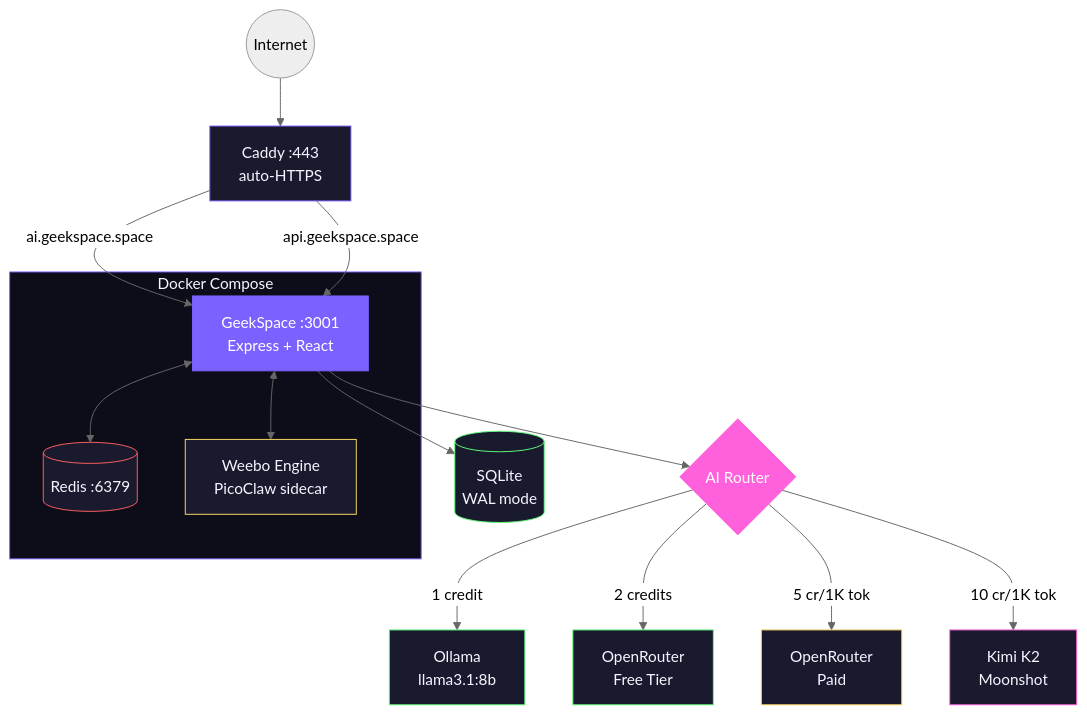
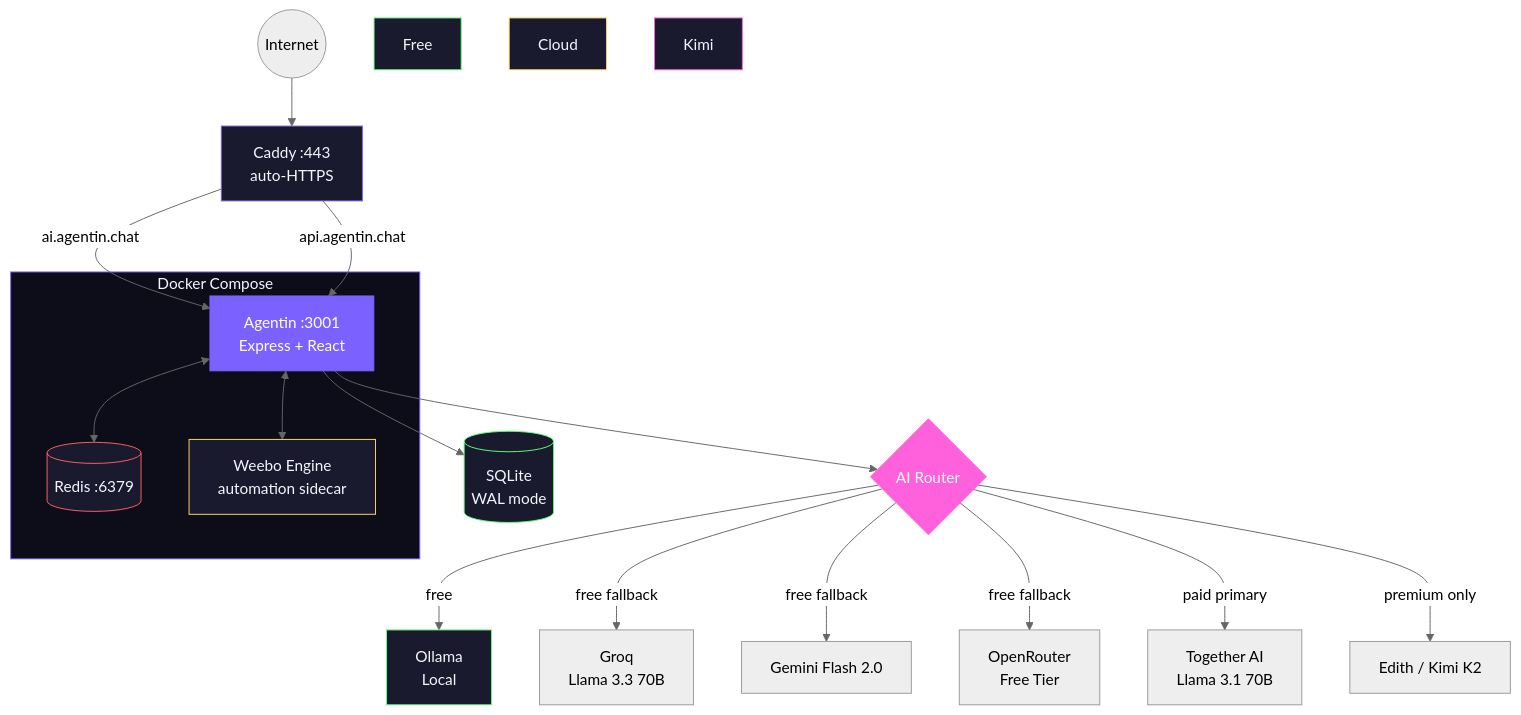
Before and after one commit to trendywink247-afk/GeekSpace2.0: the diagram in README.md, drawn with Mermaid (neutral theme). The commit also changed other lines of this file and 19 other files, not shown here.

````diff
--- a/README.md
+++ b/README.md
@@ -131,35 +131,37 @@
 ```mermaid
 graph TB
     Internet((Internet)) --> Caddy[Caddy :443<br/>auto-HTTPS]
 
-    Caddy -->|ai.geekspace.space| App
-    Caddy -->|api.geekspace.space| App
+    Caddy -->|ai.agentin.chat| App
+    Caddy -->|api.agentin.chat| App
 
     subgraph Docker["Docker Compose"]
-        App["GeekSpace :3001<br/>Express + React"]
+        App["Agentin :3001<br/>Express + React"]
         Redis[(Redis :6379)]
-        Pico["Weebo Engine<br/>PicoClaw sidecar"]
+        Pico["Weebo Engine<br/>automation sidecar"]
         App <--> Redis
         App <--> Pico
     end
 
     App --> SQLite[(SQLite<br/>WAL mode)]
     App --> Router{"AI Router"}
 
-    Router -->|"1 credit"| Ollama["Ollama<br/>llama3.1:8b"]
-    Router -->|"2 credits"| Free["OpenRouter<br/>Free Tier"]
-    Router -->|"5 cr/1K tok"| Cloud["OpenRouter<br/>Paid"]
-    Router -->|"10 cr/1K tok"| Kimi["Kimi K2<br/>Moonshot"]
+    Router -->|"free"| Ollama["Ollama<br/>Local"]
+    Router -->|"free fallback"| Groq["Groq<br/>Llama 3.3 70B"]
+    Router -->|"free fallback"| GemFree["Gemini Flash 2.0"]
+    Router -->|"free fallback"| ORFree["OpenRouter<br/>Free Tier"]
+    Router -->|"paid primary"| Together["Together AI<br/>Llama 3.1 70B"]
+    Router -->|"premium only"| Edith["Edith / Kimi K2"]
 
     style App fill:#7B61FF,stroke:#7B61FF,color:#fff
     style Router fill:#FF61DC,stroke:#FF61DC,color:#fff
     style Caddy fill:#1A1A2E,stroke:#7B61FF,color:#F4F6FF
     style Docker fill:#0D0D1A,stroke:#7B61FF,color:#F4F6FF
     style SQLite fill:#1A1A2E,stroke:#61FF7B,color:#F4F6FF
     style Redis fill:#1A1A2E,stroke:#FF6161,color:#F4F6FF
     style Pico fill:#1A1A2E,stroke:#FFD761,color:#F4F6FF
     style Ollama fill:#1A1A2E,stroke:#61FF7B,color:#F4F6FF
     style Free fill:#1A1A2E,stroke:#61FF7B,color:#F4F6FF
     style Cloud fill:#1A1A2E,stroke:#FFD761,color:#F4F6FF
     style Kimi fill:#1A1A2E,stroke:#FF61DC,color:#F4F6FF
 ```
````
